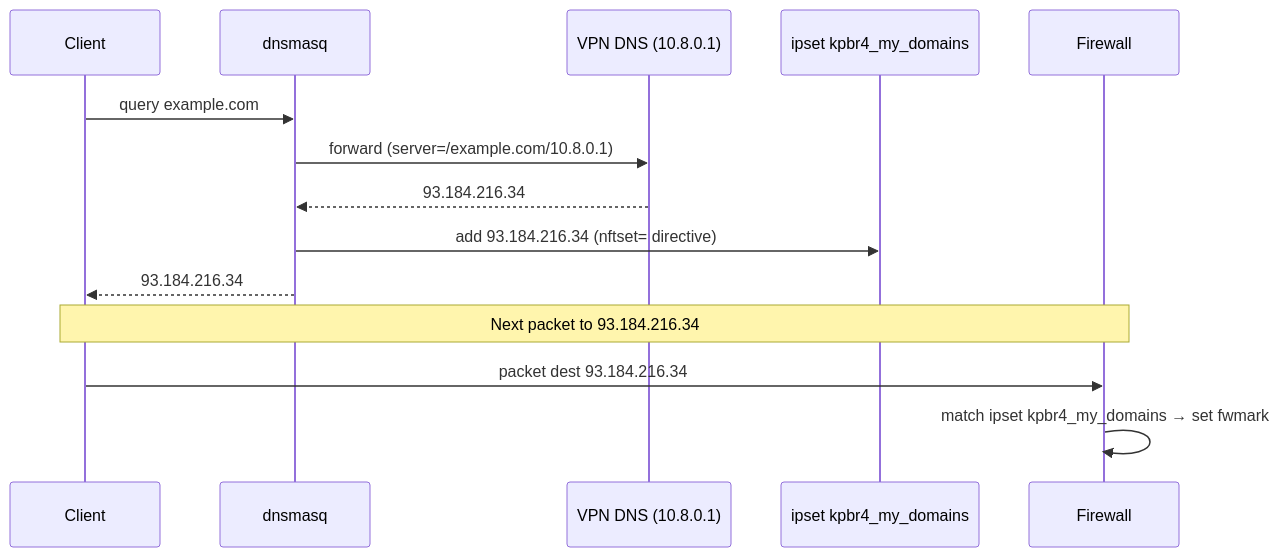
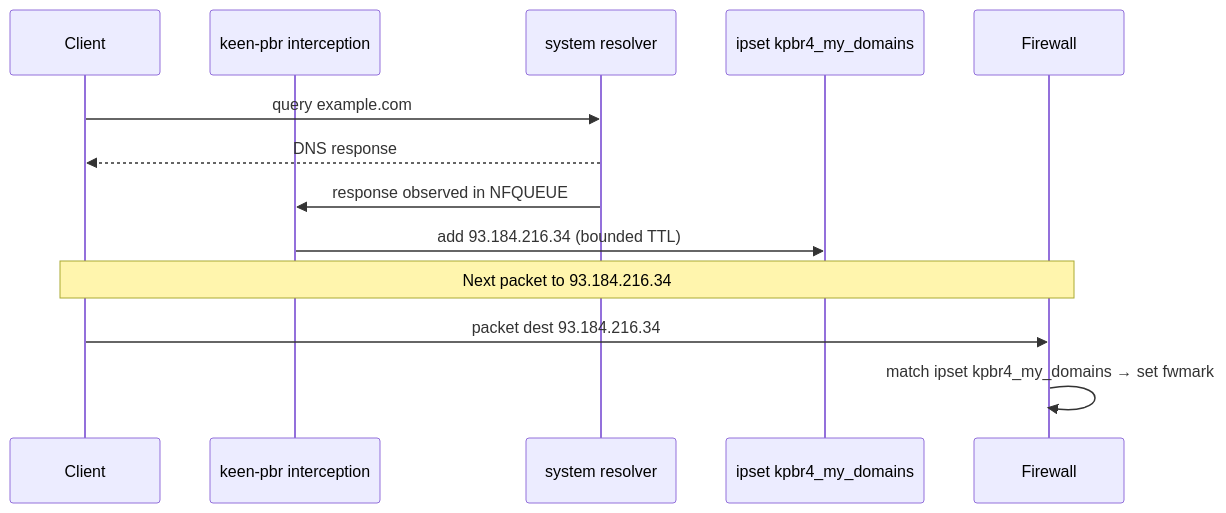
The third of 3 diagrams in docs/content/docs/concepts.md (maksimkurb/keen-pbr), drawn with Mermaid before and after one commit. The commit also changed other lines of this file and 21 other files, not shown here.

First line of the commit message:
docs: describe DNS and L7 interception and optional resolver integration

````diff
--- a/docs/content/docs/concepts.md
+++ b/docs/content/docs/concepts.md
@@ -143,18 +158,17 @@
 ```mermaid
 sequenceDiagram
     participant Client
-    participant dnsmasq
-    participant VPN_DNS as VPN DNS (10.8.0.1)
+    participant Interceptor as keen-pbr interception
+    participant Resolver as system resolver
     participant Ipset as ipset kpbr4_my_domains
     participant Firewall
 
-    Client->>dnsmasq: query example.com
-    dnsmasq->>VPN_DNS: forward (server=/example.com/10.8.0.1)
-    VPN_DNS-->>dnsmasq: 93.184.216.34
-    dnsmasq->>Ipset: add 93.184.216.34 (nftset= directive)
-    dnsmasq-->>Client: 93.184.216.34
+    Client->>Resolver: query example.com
+    Resolver-->>Client: DNS response
+    Resolver->>Interceptor: response observed in NFQUEUE
+    Interceptor->>Ipset: add 93.184.216.34 (bounded TTL)
 
     Note over Client,Firewall: Next packet to 93.184.216.34
     Client->>Firewall: packet dest 93.184.216.34
     Firewall->>Firewall: match ipset kpbr4_my_domains → set fwmark
 ```
````
